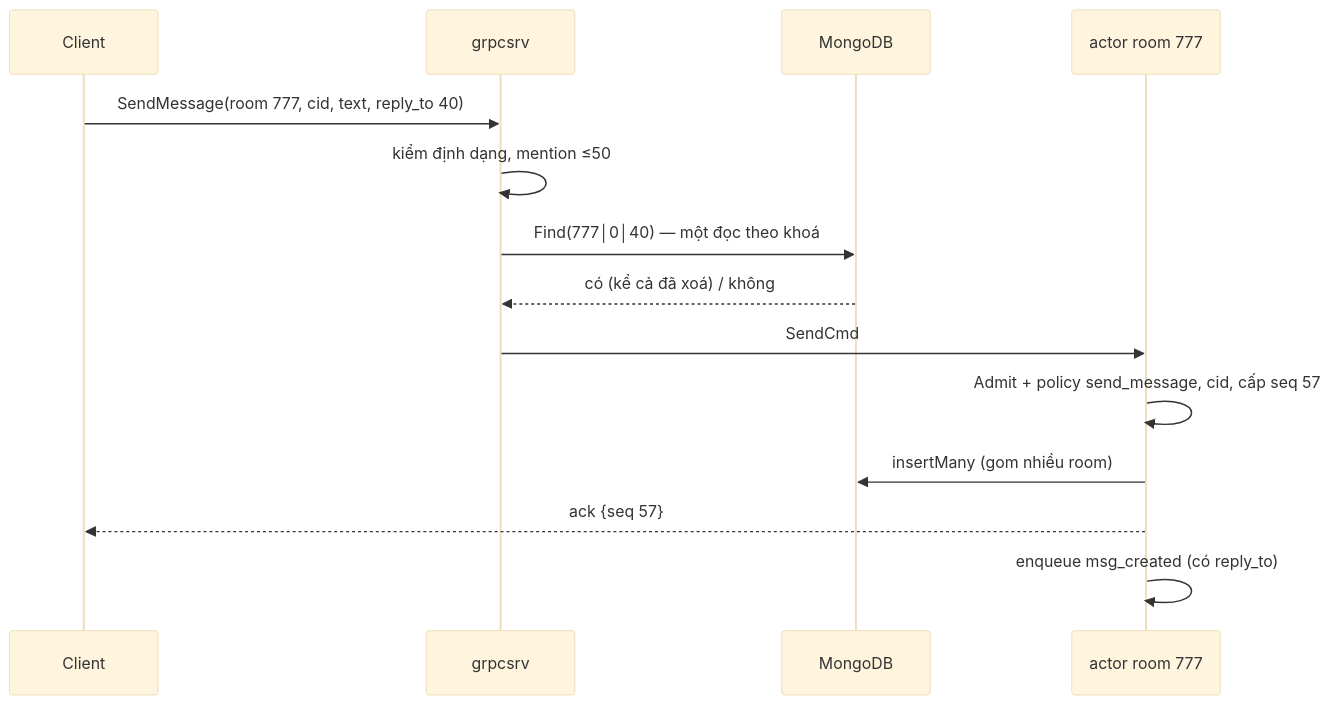
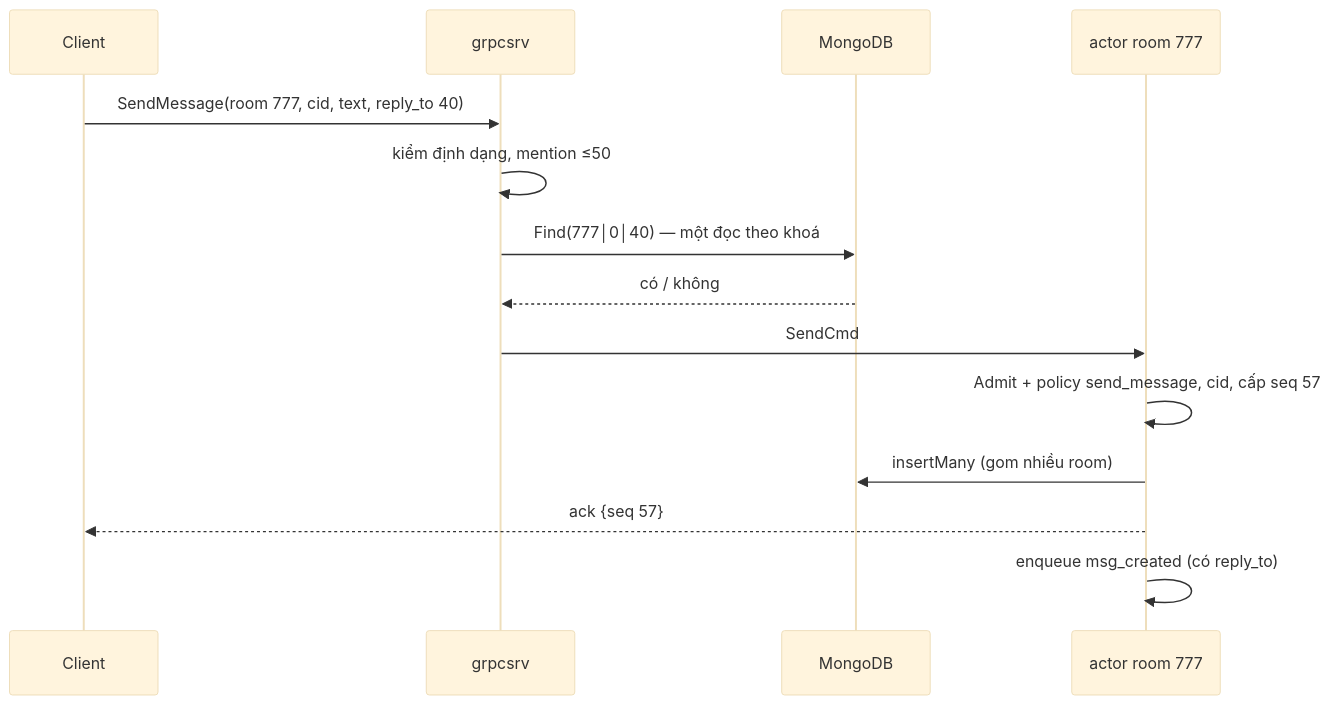
One commit to ivannguyendev/chatim changed the second of 5 diagrams in docs/plans/2026-10-10-m2c-threads-mentions-summary.md. Above: the diagram before and after it, drawn with Mermaid (base theme). The commit also changed other lines of this file and 2 other files, not shown here.

````diff
--- a/docs/plans/2026-10-10-m2c-threads-mentions-summary.md
+++ b/docs/plans/2026-10-10-m2c-threads-mentions-summary.md
@@ -173,16 +185,16 @@
 ```mermaid
 sequenceDiagram
   participant C as Client
   participant G as grpcsrv
   participant DB as MongoDB
   participant A as actor room 777
   C->>G: SendMessage(room 777, cid, text, reply_to 40)
   G->>G: kiểm định dạng, mention ≤50
   G->>DB: Find(777│0│40) — một đọc theo khoá
-  DB-->>G: có (kể cả đã xoá) / không
+  DB-->>G: có / không
   G->>A: SendCmd
   A->>A: Admit + policy send_message, cid, cấp seq 57
   A->>DB: insertMany (gom nhiều room)
   A-->>C: ack {seq 57}
   A->>A: enqueue msg_created (có reply_to)
 ```
````
